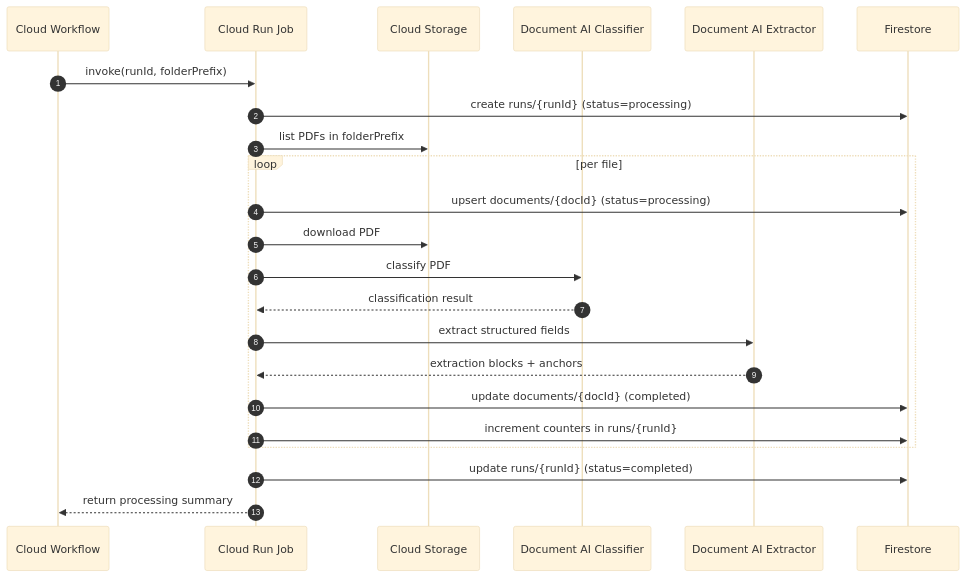
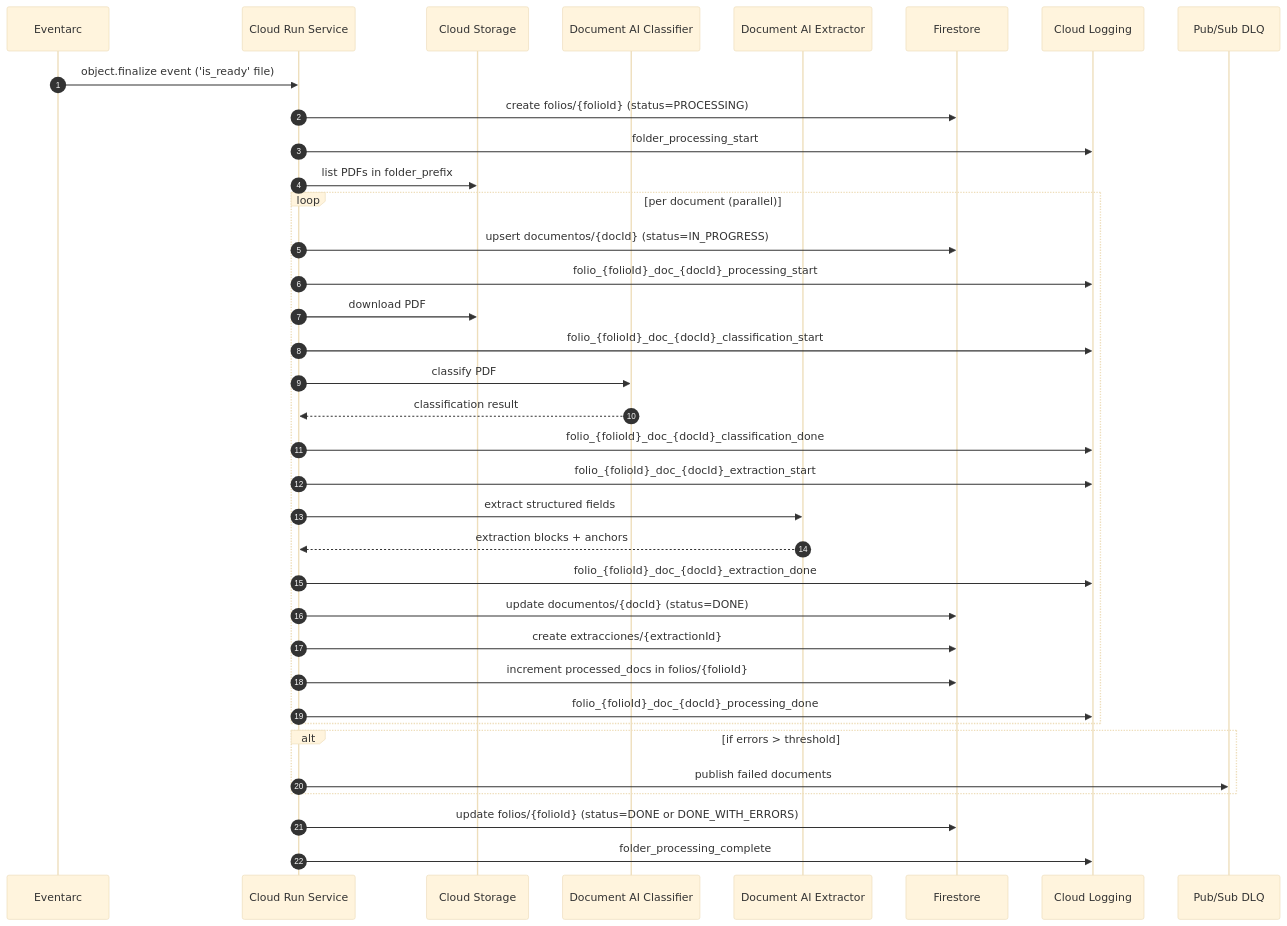
One commit to Apolo-Solutions-s2/apolo_procesamiento_inteligente_preavaluo changed the diagram in diagrams/sequence-diagram.mmd. Above: the diagram before and after it, drawn with Mermaid (base theme). The commit also changed 23 other files, not shown here.

First line of the commit message:
Update project alignment with microservice specifications: code, docs, diagrams, and infrastructure

```diff
--- a/diagrams/sequence-diagram.mmd
+++ b/diagrams/sequence-diagram.mmd
@@ -1,31 +1,48 @@
 sequenceDiagram
     autonumber
 
-    participant WF as Cloud Workflow
-    participant CR as Cloud Run Job
+    participant EVENT as Eventarc
+    participant CR as Cloud Run Service
     participant GCS as Cloud Storage
     participant CL as Document AI Classifier
     participant EX as Document AI Extractor
     participant FS as Firestore
+    participant LOG as Cloud Logging
+    participant DLQ as Pub/Sub DLQ
 
-    WF->>CR: invoke(runId, folderPrefix)
-    CR->>FS: create runs/{runId} (status=processing)
+    EVENT->>CR: object.finalize event ('is_ready' file)
+    CR->>FS: create folios/{folioId} (status=PROCESSING)
 
-    CR->>GCS: list PDFs in folderPrefix
-    loop per file
-        CR->>FS: upsert documents/{docId} (status=processing)
+    CR->>LOG: folder_processing_start
+
+    CR->>GCS: list PDFs in folder_prefix
+    loop per document (parallel)
+        CR->>FS: upsert documentos/{docId} (status=IN_PROGRESS)
+
+        CR->>LOG: folio_{folioId}_doc_{docId}_processing_start
 
         CR->>GCS: download PDF
 
+        CR->>LOG: folio_{folioId}_doc_{docId}_classification_start
         CR->>CL: classify PDF
         CL-->>CR: classification result
+        CR->>LOG: folio_{folioId}_doc_{docId}_classification_done
 
+        CR->>LOG: folio_{folioId}_doc_{docId}_extraction_start
         CR->>EX: extract structured fields
         EX-->>CR: extraction blocks + anchors
+        CR->>LOG: folio_{folioId}_doc_{docId}_extraction_done
 
-        CR->>FS: update documents/{docId} (completed)
-        CR->>FS: increment counters in runs/{runId}
+        CR->>FS: update documentos/{docId} (status=DONE)
+        CR->>FS: create extracciones/{extractionId}
+        CR->>FS: increment processed_docs in folios/{folioId}
+
+        CR->>LOG: folio_{folioId}_doc_{docId}_processing_done
     end
 
-    CR->>FS: update runs/{runId} (status=completed)
-    CR-->>WF: return processing summary
+    alt if errors > threshold
+        CR->>DLQ: publish failed documents
+    end
+
+    CR->>FS: update folios/{folioId} (status=DONE or DONE_WITH_ERRORS)
+    CR->>LOG: folder_processing_complete
```
